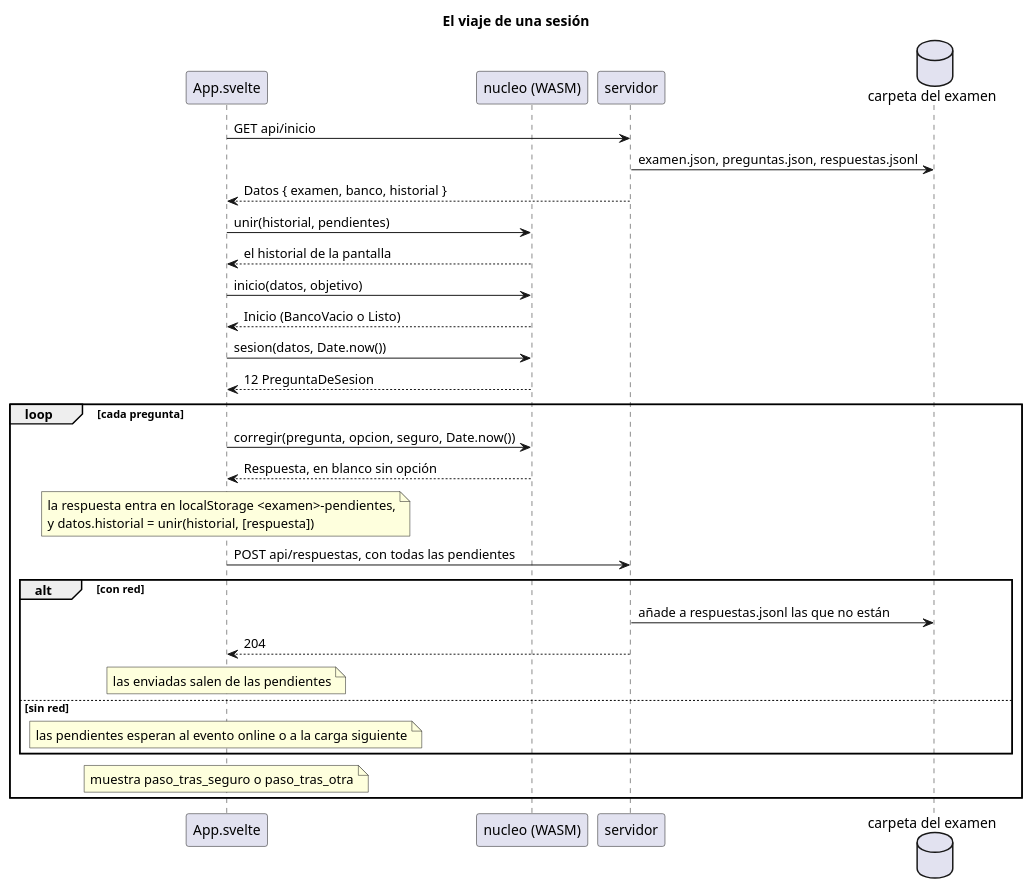
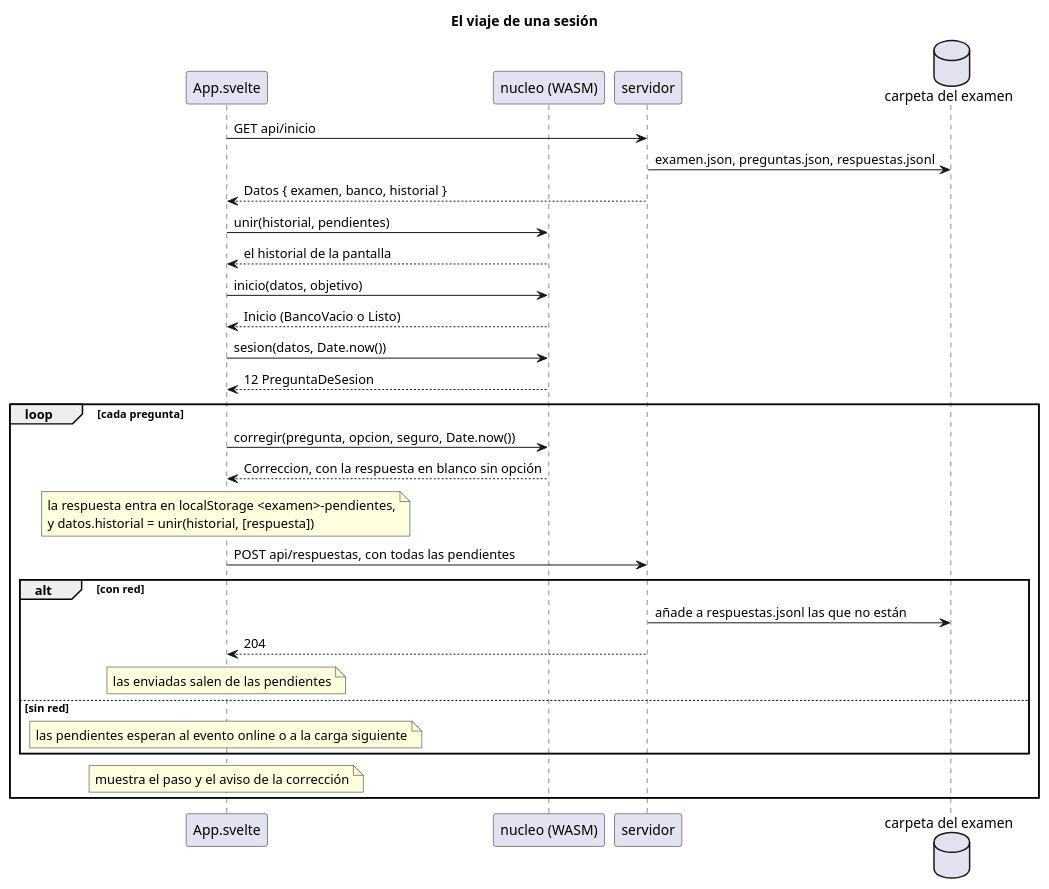
The third of 4 diagrams in docs/el-diagrama.puml (jfdg01/examenes), drawn with PlantUML before and after one commit. The commit also changed other lines of this file, not shown here.

First line of the commit message:
docs: el diagrama lleva la corrección con su paso y su aviso

```diff
--- a/docs/el-diagrama.puml
+++ b/docs/el-diagrama.puml
@@ -358,35 +366,35 @@
 @startuml el-viaje-de-una-sesion
 skinparam shadowing false
 title El viaje de una sesión
 
 participant "App.svelte" as App
 participant "nucleo (WASM)" as N
 participant servidor as S
 database "carpeta del examen" as C
 
 App -> S : GET api/inicio
 S -> C : examen.json, preguntas.json, respuestas.jsonl
 S --> App : Datos { examen, banco, historial }
 App -> N : unir(historial, pendientes)
 N --> App : el historial de la pantalla
 App -> N : inicio(datos, objetivo)
 N --> App : Inicio (BancoVacio o Listo)
 
 App -> N : sesion(datos, Date.now())
 N --> App : 12 PreguntaDeSesion
 
 loop cada pregunta
   App -> N : corregir(pregunta, opcion, seguro, Date.now())
-  N --> App : Respuesta, en blanco sin opción
+  N --> App : Correccion, con la respuesta en blanco sin opción
   note over App : la respuesta entra en localStorage <examen>-pendientes,\ny datos.historial = unir(historial, [respuesta])
   App -> S : POST api/respuestas, con todas las pendientes
   alt con red
     S -> C : añade a respuestas.jsonl las que no están
     S --> App : 204
     note over App : las enviadas salen de las pendientes
   else sin red
     note over App : las pendientes esperan al evento online o a la carga siguiente
   end
-  note over App : muestra paso_tras_seguro o paso_tras_otra
+  note over App : muestra el paso y el aviso de la corrección
 end
 @enduml
```
